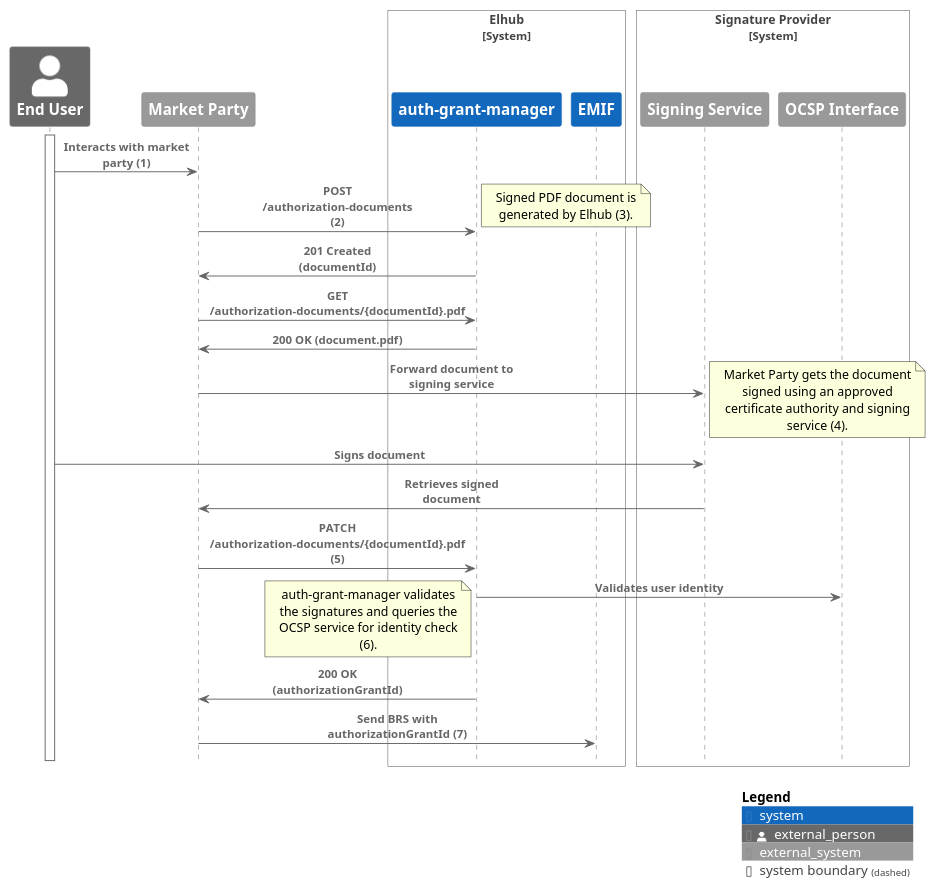
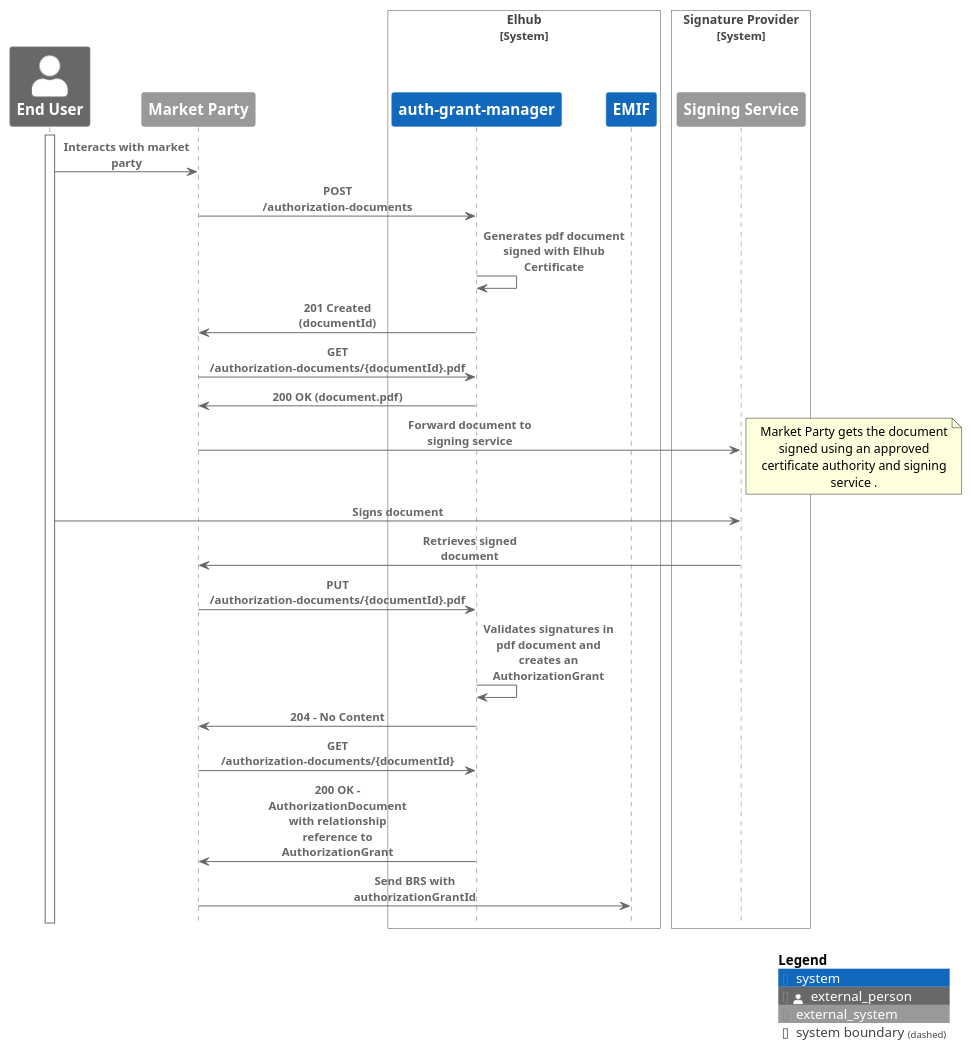
One commit to elhub/auth-grant-manager changed the diagram in docs/assets/document-flow.plantuml. Above: the diagram before and after it, drawn with PlantUML. The commit also changed 3 other files, not shown here.

Commit message:
fix: update request/document flow diagrams to align with API behaviour

```diff
--- a/docs/assets/document-flow.plantuml
+++ b/docs/assets/document-flow.plantuml
@@ -1,44 +1,39 @@
 @startuml document-flow
 !include https://raw.githubusercontent.com/plantuml-stdlib/C4-PlantUML/master/C4_Sequence.puml
 
 Person_Ext(EndUser, "End User", "")
 System_Ext(MarketParty, "Market Party", "")
 
 System_Boundary(Elhub, "Elhub")
   System(GrantManager, "auth-grant-manager", "")
   System(EMIF, "EMIF", "")
 Boundary_End()
 
 System_Boundary(SignatureProvider, "Signature Provider")
   System_Ext(SigningService, "Signing Service", "")
-  System_Ext(SigningOCSP, "OCSP Interface", "")
 Boundary_End()
 
 activate EndUser
-Rel(EndUser, MarketParty, "Interacts with market party (1)")
-Rel(MarketParty, GrantManager, "POST /authorization-documents (2)")
-note right
-Signed PDF document is generated by Elhub (3).
-end note
+Rel(EndUser, MarketParty, "Interacts with market party ")
+Rel(MarketParty, GrantManager, "POST /authorization-documents ")
+Rel(GrantManager, GrantManager, "Generates pdf document signed with Elhub Certificate")
 Rel(GrantManager, MarketParty, "201 Created (documentId)")
 Rel(MarketParty, GrantManager, "GET /authorization-documents/{documentId}.pdf")
 Rel(GrantManager, MarketParty, "200 OK (document.pdf)")
 
 Rel(MarketParty, SigningService, "Forward document to signing service")
 note right
-Market Party gets the document signed using an approved certificate authority and signing service (4).
+Market Party gets the document signed using an approved certificate authority and signing service .
 end note
 Rel(EndUser, SigningService, "Signs document")
 Rel(SigningService, MarketParty, "Retrieves signed document")
 
-Rel(MarketParty, GrantManager, "PATCH /authorization-documents/{documentId}.pdf (5)")
-Rel(GrantManager, SigningOCSP, "Validates user identity")
-note left
-auth-grant-manager validates the signatures and queries the OCSP service for identity check (6).
-end note
-Rel(GrantManager, MarketParty, "200 OK (authorizationGrantId)")
-
-Rel(MarketParty, EMIF, "Send BRS with authorizationGrantId (7)")
+Rel(MarketParty, GrantManager, "PUT /authorization-documents/{documentId}.pdf")
+Rel(GrantManager, GrantManager, "Validates signatures in pdf document and creates an AuthorizationGrant")
+Rel(GrantManager, MarketParty, "204 - No Content")
+Rel(MarketParty, GrantManager, "GET /authorization-documents/{documentId}")
+Rel(GrantManager, MarketParty, "200 OK - AuthorizationDocument with relationship reference to AuthorizationGrant")
+Rel(MarketParty, EMIF, "Send BRS with authorizationGrantId")
 
 SHOW_LEGEND()
 @enduml
```
